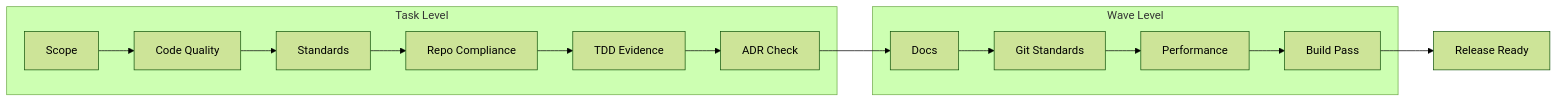
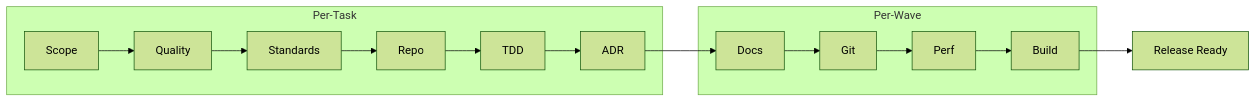
One commit to Roberdan/MyConvergio changed the second of 4 diagrams in README.md. Above: the diagram before and after it, drawn with Mermaid (forest theme). The commit also changed other lines of this file and 1 other file, not shown here.

````diff
--- a/README.md
+++ b/README.md
@@ -88,12 +108,12 @@
 ```mermaid
 flowchart LR
-    subgraph TL[Task Level]
-        G1[Scope] --> G2[Code Quality] --> G3[Standards]
-        G3 --> G4[Repo Compliance] --> G8[TDD Evidence] --> G9[ADR Check]
+    subgraph Per-Task
+        G1["Scope"] --> G2["Quality"] --> G3["Standards"]
+        G3 --> G4["Repo"] --> G8["TDD"] --> G9["ADR"]
     end
-    subgraph WL[Wave Level]
-        G5[Docs] --> G6[Git Standards] --> G7[Performance] --> GB[Build Pass]
+    subgraph Per-Wave
+        G5["Docs"] --> G6["Git"] --> G7["Perf"] --> GB["Build"]
     end
     G9 --> G5
-    GB --> RR[Release Ready]
+    GB --> R["Release Ready"]
 ```
````
